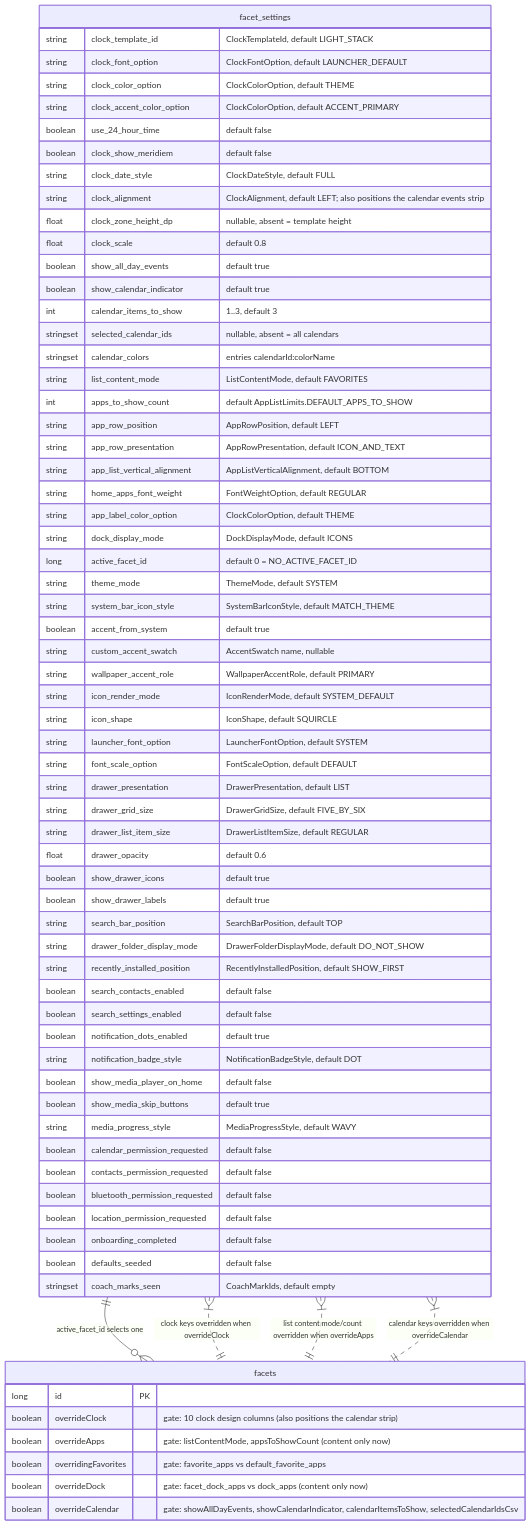
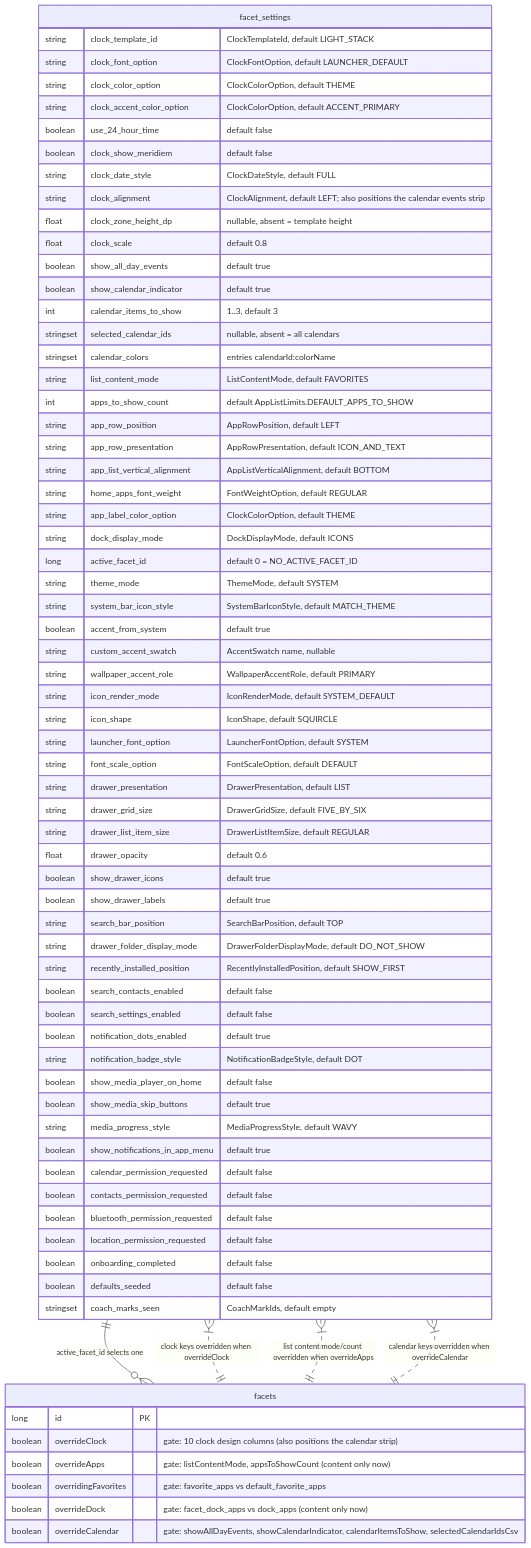
One commit to rohitganjam/facet-launcher changed the third of 3 diagrams in docs/architecture/02-persistence-room.md. Above: the diagram before and after it, drawn with Mermaid. The commit also changed other lines of this file and 69 other files, not shown here.

````diff
--- a/docs/architecture/02-persistence-room.md
+++ b/docs/architecture/02-persistence-room.md
@@ -393,75 +393,76 @@
 ```mermaid
 erDiagram
     facet_settings {
         string clock_template_id "ClockTemplateId, default LIGHT_STACK"
         string clock_font_option "ClockFontOption, default LAUNCHER_DEFAULT"
         string clock_color_option "ClockColorOption, default THEME"
         string clock_accent_color_option "ClockColorOption, default ACCENT_PRIMARY"
         boolean use_24_hour_time "default false"
         boolean clock_show_meridiem "default false"
         string clock_date_style "ClockDateStyle, default FULL"
         string clock_alignment "ClockAlignment, default LEFT; also positions the calendar events strip"
         float clock_zone_height_dp "nullable, absent = template height"
         float clock_scale "default 0.8"
         boolean show_all_day_events "default true"
         boolean show_calendar_indicator "default true"
         int calendar_items_to_show "1..3, default 3"
         stringset selected_calendar_ids "nullable, absent = all calendars"
         stringset calendar_colors "entries calendarId:colorName"
         string list_content_mode "ListContentMode, default FAVORITES"
         int apps_to_show_count "default AppListLimits.DEFAULT_APPS_TO_SHOW"
         string app_row_position "AppRowPosition, default LEFT"
         string app_row_presentation "AppRowPresentation, default ICON_AND_TEXT"
         string app_list_vertical_alignment "AppListVerticalAlignment, default BOTTOM"
         string home_apps_font_weight "FontWeightOption, default REGULAR"
         string app_label_color_option "ClockColorOption, default THEME"
         string dock_display_mode "DockDisplayMode, default ICONS"
         long active_facet_id "default 0 = NO_ACTIVE_FACET_ID"
         string theme_mode "ThemeMode, default SYSTEM"
         string system_bar_icon_style "SystemBarIconStyle, default MATCH_THEME"
         boolean accent_from_system "default true"
         string custom_accent_swatch "AccentSwatch name, nullable"
         string wallpaper_accent_role "WallpaperAccentRole, default PRIMARY"
         string icon_render_mode "IconRenderMode, default SYSTEM_DEFAULT"
         string icon_shape "IconShape, default SQUIRCLE"
         string launcher_font_option "LauncherFontOption, default SYSTEM"
         string font_scale_option "FontScaleOption, default DEFAULT"
         string drawer_presentation "DrawerPresentation, default LIST"
         string drawer_grid_size "DrawerGridSize, default FIVE_BY_SIX"
         string drawer_list_item_size "DrawerListItemSize, default REGULAR"
         float drawer_opacity "default 0.6"
         boolean show_drawer_icons "default true"
         boolean show_drawer_labels "default true"
         string search_bar_position "SearchBarPosition, default TOP"
         string drawer_folder_display_mode "DrawerFolderDisplayMode, default DO_NOT_SHOW"
         string recently_installed_position "RecentlyInstalledPosition, default SHOW_FIRST"
         boolean search_contacts_enabled "default false"
         boolean search_settings_enabled "default false"
         boolean notification_dots_enabled "default true"
         string notification_badge_style "NotificationBadgeStyle, default DOT"
         boolean show_media_player_on_home "default false"
         boolean show_media_skip_buttons "default true"
         string media_progress_style "MediaProgressStyle, default WAVY"
+        boolean show_notifications_in_app_menu "default true"
         boolean calendar_permission_requested "default false"
         boolean contacts_permission_requested "default false"
         boolean bluetooth_permission_requested "default false"
         boolean location_permission_requested "default false"
         boolean onboarding_completed "default false"
         boolean defaults_seeded "default false"
         stringset coach_marks_seen "CoachMarkIds, default empty"
     }
 
     facets {
         long id PK
         boolean overrideClock "gate: 10 clock design columns (also positions the calendar strip)"
         boolean overrideApps "gate: listContentMode, appsToShowCount (content only now)"
         boolean overridingFavorites "gate: favorite_apps vs default_favorite_apps"
         boolean overrideDock "gate: facet_dock_apps vs dock_apps (content only now)"
         boolean overrideCalendar "gate: showAllDayEvents, showCalendarIndicator, calendarItemsToShow, selectedCalendarIdsCsv"
     }
 
     facet_settings ||--o{ facets : "active_facet_id selects one"
     facet_settings }|..|| facets : "clock keys overridden when overrideClock"
     facet_settings }|..|| facets : "list content mode/count overridden when overrideApps"
     facet_settings }|..|| facets : "calendar keys overridden when overrideCalendar"
 ```
````
